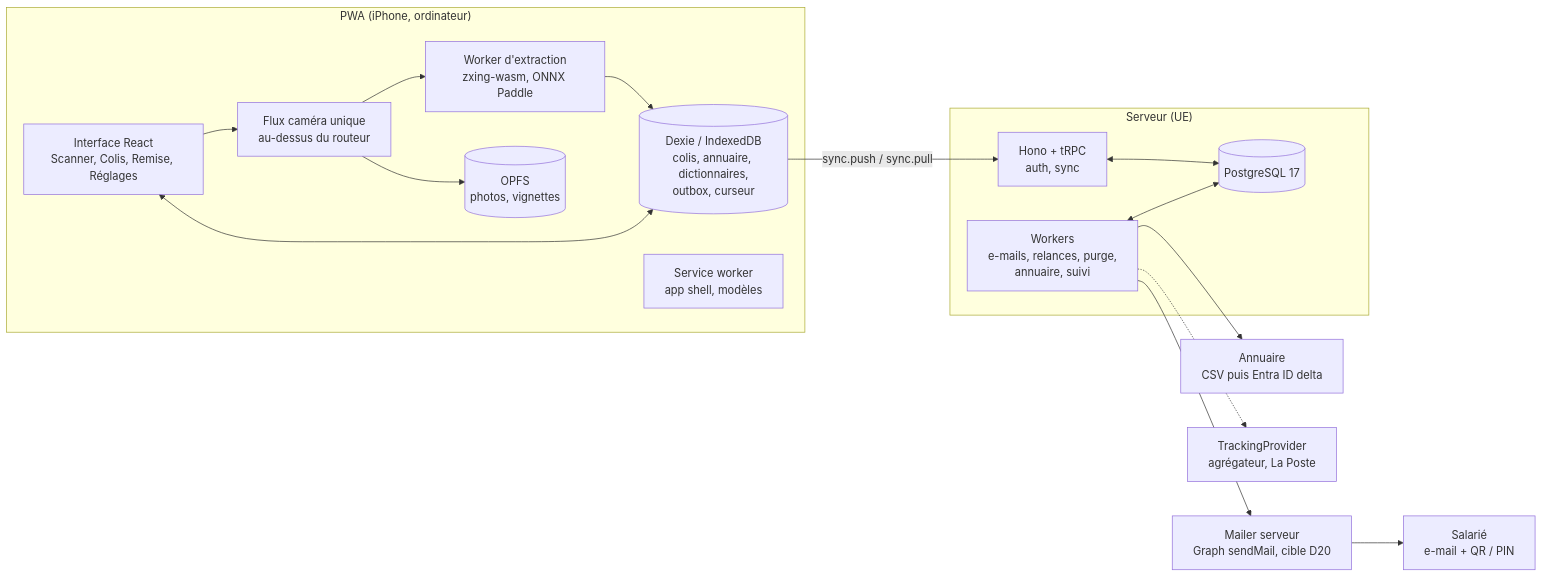
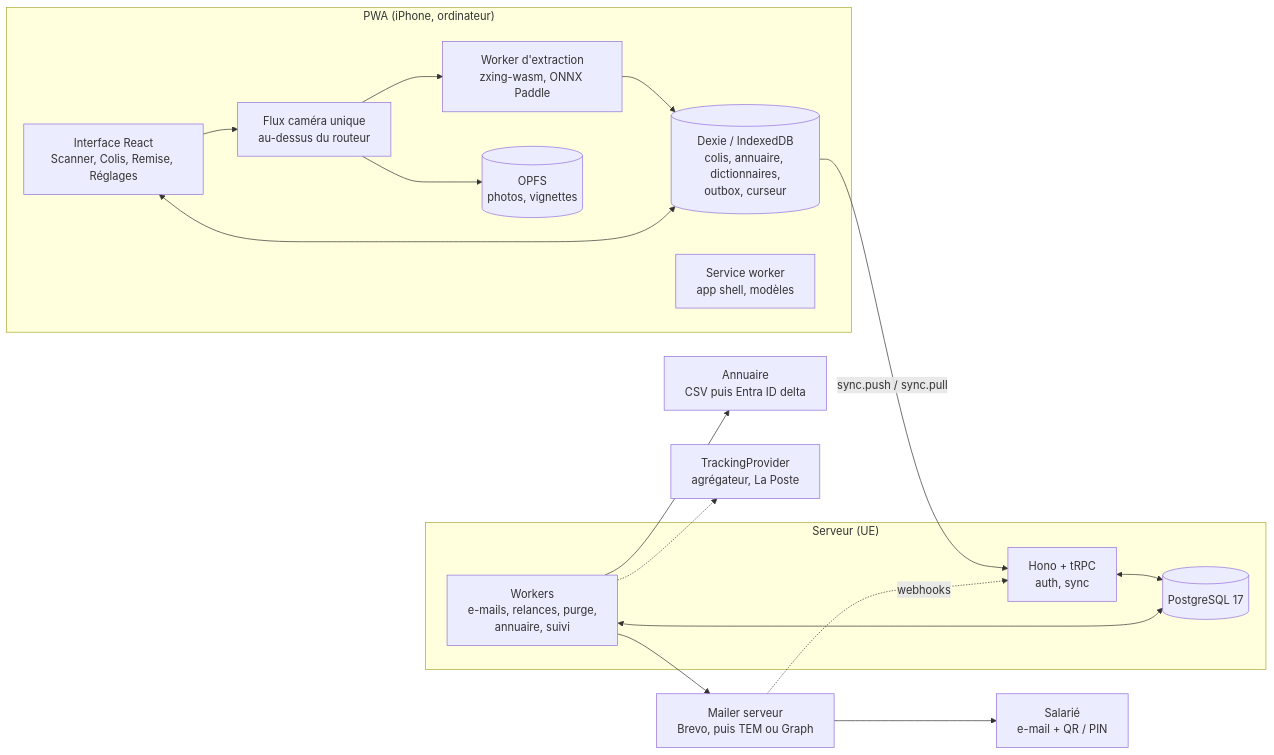
Before and after one commit to adbenmc-galadrim/Ysl: the second of 3 diagrams in docs/cahier-des-charges-v3.md, drawn with Mermaid. The commit also changed other lines of this file, not shown here.

````diff
--- a/docs/cahier-des-charges-v3.md
+++ b/docs/cahier-des-charges-v3.md
@@ -886,26 +888,27 @@
 ```mermaid
 flowchart LR
     subgraph iPhone["PWA (iPhone, ordinateur)"]
         UI[Interface React<br/>Scanner, Colis, Remise, Réglages]
         CAM[Flux caméra unique<br/>au-dessus du routeur]
         XW[Worker d'extraction<br/>zxing-wasm, ONNX Paddle]
         DX[(Dexie / IndexedDB<br/>colis, annuaire, dictionnaires,<br/>outbox, curseur)]
         OP[(OPFS<br/>photos, vignettes)]
         SW[Service worker<br/>app shell, modèles]
         UI --> CAM --> XW --> DX
         CAM --> OP
         UI <--> DX
     end
     subgraph Serveur["Serveur (UE)"]
         API[Hono + tRPC<br/>auth, sync]
         PG[(PostgreSQL 17)]
         WK[Workers<br/>e-mails, relances, purge,<br/>annuaire, suivi]
         API <--> PG
         WK <--> PG
     end
     DX -- "sync.push / sync.pull" --> API
-    WK --> MAIL[Mailer serveur<br/>Graph sendMail, cible D20]
+    WK --> MAIL[Mailer serveur<br/>Brevo, puis TEM ou Graph]
     WK --> DIR[Annuaire<br/>CSV puis Entra ID delta]
     WK -.-> TRK[TrackingProvider<br/>agrégateur, La Poste]
     MAIL --> EMP[Salarié<br/>e-mail + QR / PIN]
+    MAIL -. webhooks .-> API
 ```
````
